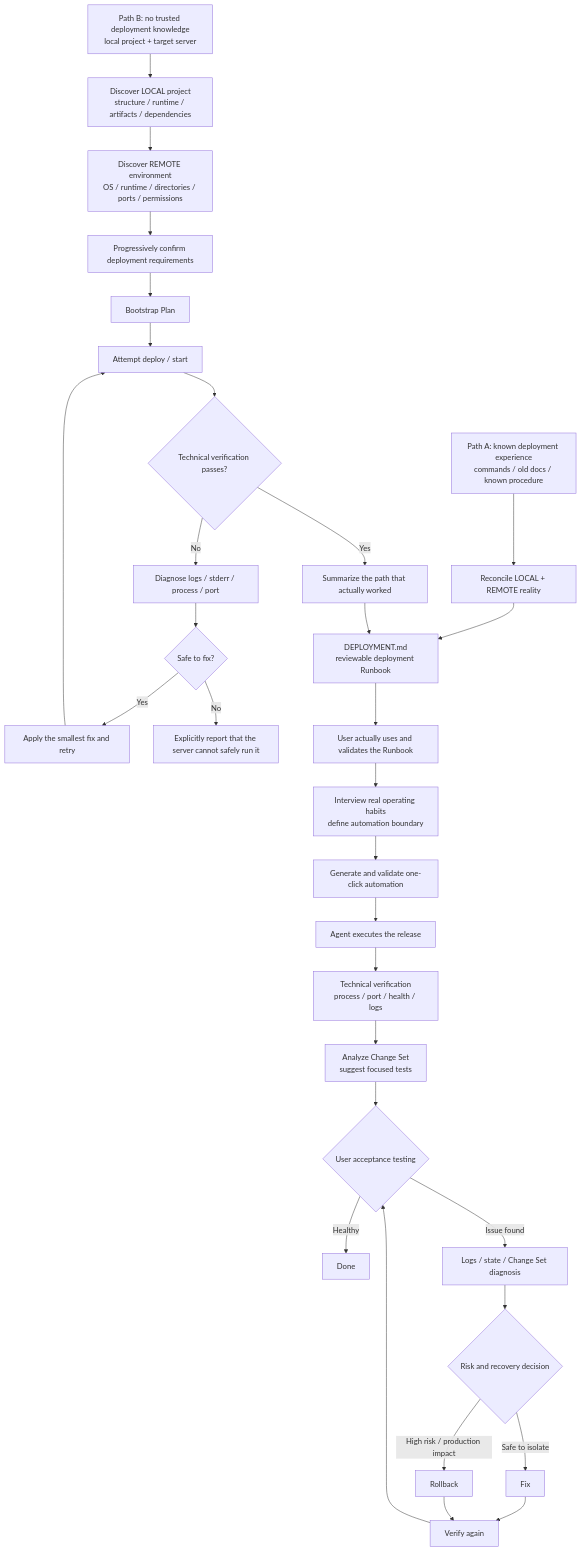
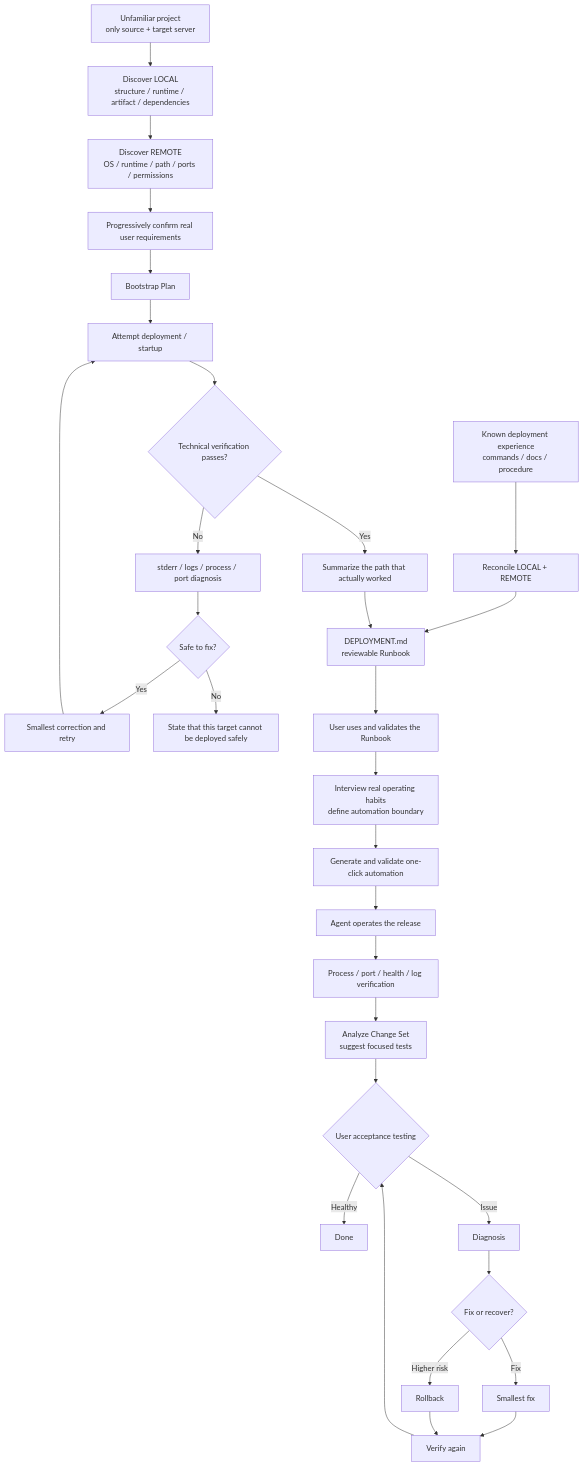
The diagram in README.en.md (qigelunbiya/dsh-ssh-files-sidebar), drawn with Mermaid before and after one commit. The commit also changed other lines of this file and 6 other files, not shown here.

````diff
--- a/README.en.md
+++ b/README.en.md
@@ -37,35 +164,35 @@
 ```mermaid
 flowchart TD
-    A1["Path A: known deployment experience<br/>commands / old docs / known procedure"] --> B1["Reconcile LOCAL + REMOTE reality"]
-    B1 --> R["DEPLOYMENT.md<br/>reviewable deployment Runbook"]
+    A1["Known deployment experience<br/>commands / docs / procedure"] --> B1["Reconcile LOCAL + REMOTE"]
+    B1 --> R["DEPLOYMENT.md<br/>reviewable Runbook"]
 
-    A2["Path B: no trusted deployment knowledge<br/>local project + target server"] --> L["Discover LOCAL project<br/>structure / runtime / artifacts / dependencies"]
-    L --> S["Discover REMOTE environment<br/>OS / runtime / directories / ports / permissions"]
-    S --> Q["Progressively confirm deployment requirements"]
+    A2["Unfamiliar project<br/>only source + target server"] --> L["Discover LOCAL<br/>structure / runtime / artifact / dependencies"]
+    L --> S["Discover REMOTE<br/>OS / runtime / path / ports / permissions"]
+    S --> Q["Progressively confirm real user requirements"]
     Q --> P["Bootstrap Plan"]
-    P --> T["Attempt deploy / start"]
+    P --> T["Attempt deployment / startup"]
     T --> X{"Technical verification passes?"}
-    X -->|No| D["Diagnose logs / stderr / process / port"]
+    X -->|No| D["stderr / logs / process / port diagnosis"]
     D --> C{"Safe to fix?"}
-    C -->|Yes| F["Apply the smallest fix and retry"]
+    C -->|Yes| F["Smallest correction and retry"]
     F --> T
-    C -->|No| STOP["Explicitly report that the server cannot safely run it"]
+    C -->|No| STOP["State that this target cannot be deployed safely"]
     X -->|Yes| BASE["Summarize the path that actually worked"]
     BASE --> R
 
-    R --> V["User actually uses and validates the Runbook"]
+    R --> V["User uses and validates the Runbook"]
     V --> H["Interview real operating habits<br/>define automation boundary"]
     H --> O["Generate and validate one-click automation"]
-    O --> E["Agent executes the release"]
-    E --> K["Technical verification<br/>process / port / health / logs"]
+    O --> E["Agent operates the release"]
+    E --> K["Process / port / health / log verification"]
     K --> G["Analyze Change Set<br/>suggest focused tests"]
     G --> U{"User acceptance testing"}
     U -->|Healthy| DONE["Done"]
-    U -->|Issue found| Z["Logs / state / Change Set diagnosis"]
-    Z --> RISK{"Risk and recovery decision"}
-    RISK -->|Safe to isolate| FIX["Fix"]
-    RISK -->|High risk / production impact| RB["Rollback"]
+    U -->|Issue| Z["Diagnosis"]
+    Z --> RISK{"Fix or recover?"}
+    RISK -->|Fix| FIX["Smallest fix"]
+    RISK -->|Higher risk| RB["Rollback"]
     FIX --> RE["Verify again"]
     RB --> RE
     RE --> U
 ```
````
